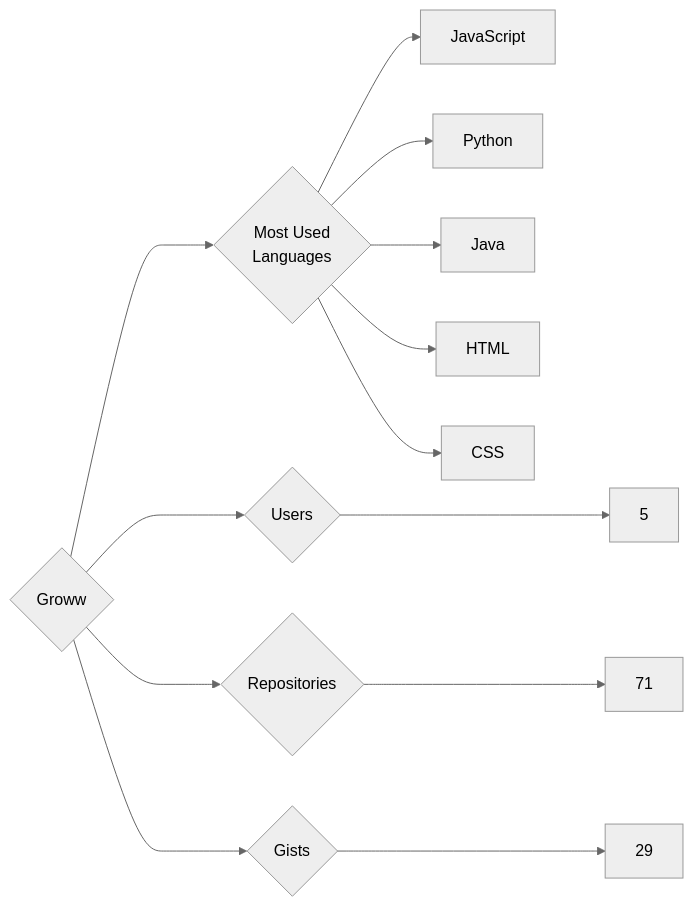
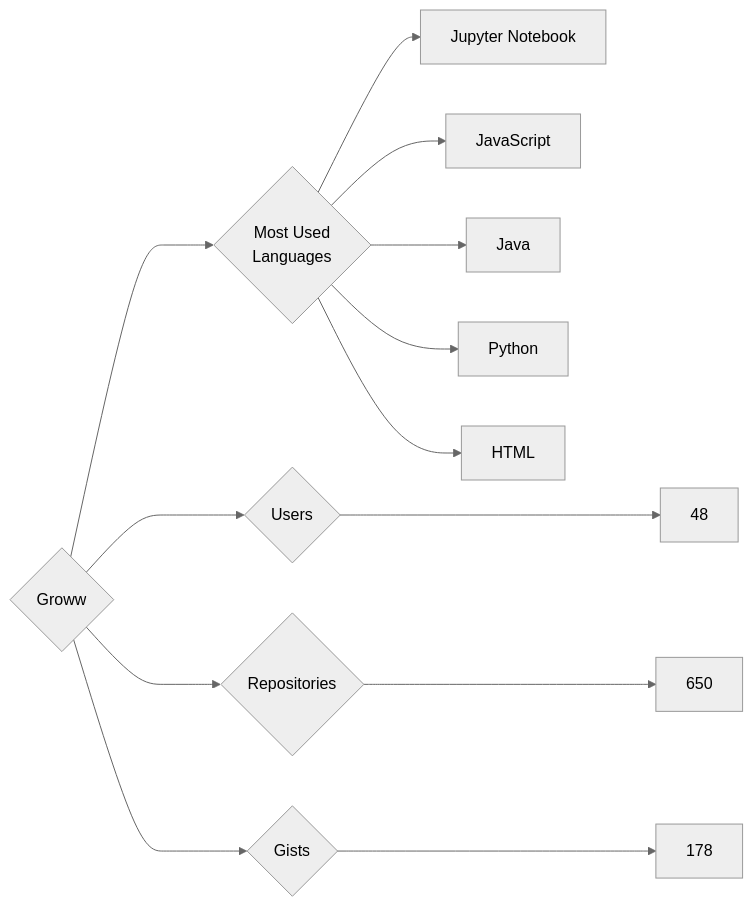
The diagram in targets/Groww/README.md (trickest/insiders), drawn with Mermaid (neutral theme) before and after one commit. The commit also changed 681 other files, not shown here.

````diff
--- a/targets/Groww/README.md
+++ b/targets/Groww/README.md
@@ -3,13 +3,13 @@
 ```mermaid
 graph LR
 COMPANY_NAME{Groww}
-COMPANY_NAME ---> U{Users} ---> UN[5]
-COMPANY_NAME ---> R{Repositories} ---> RN[71]
-COMPANY_NAME ---> G{Gists} ---> GN[29]
+COMPANY_NAME ---> U{Users} ---> UN[48]
+COMPANY_NAME ---> R{Repositories} ---> RN[650]
+COMPANY_NAME ---> G{Gists} ---> GN[178]
 COMPANY_NAME ---> ML{Most Used<br>Languages}
+ML --> Jupyter_Notebook[Jupyter Notebook]
 ML --> JavaScript[JavaScript]
+ML --> Java[Java]
 ML --> Python[Python]
-ML --> Java[Java]
 ML --> HTML[HTML]
-ML --> CSS[CSS]
 ```
````
